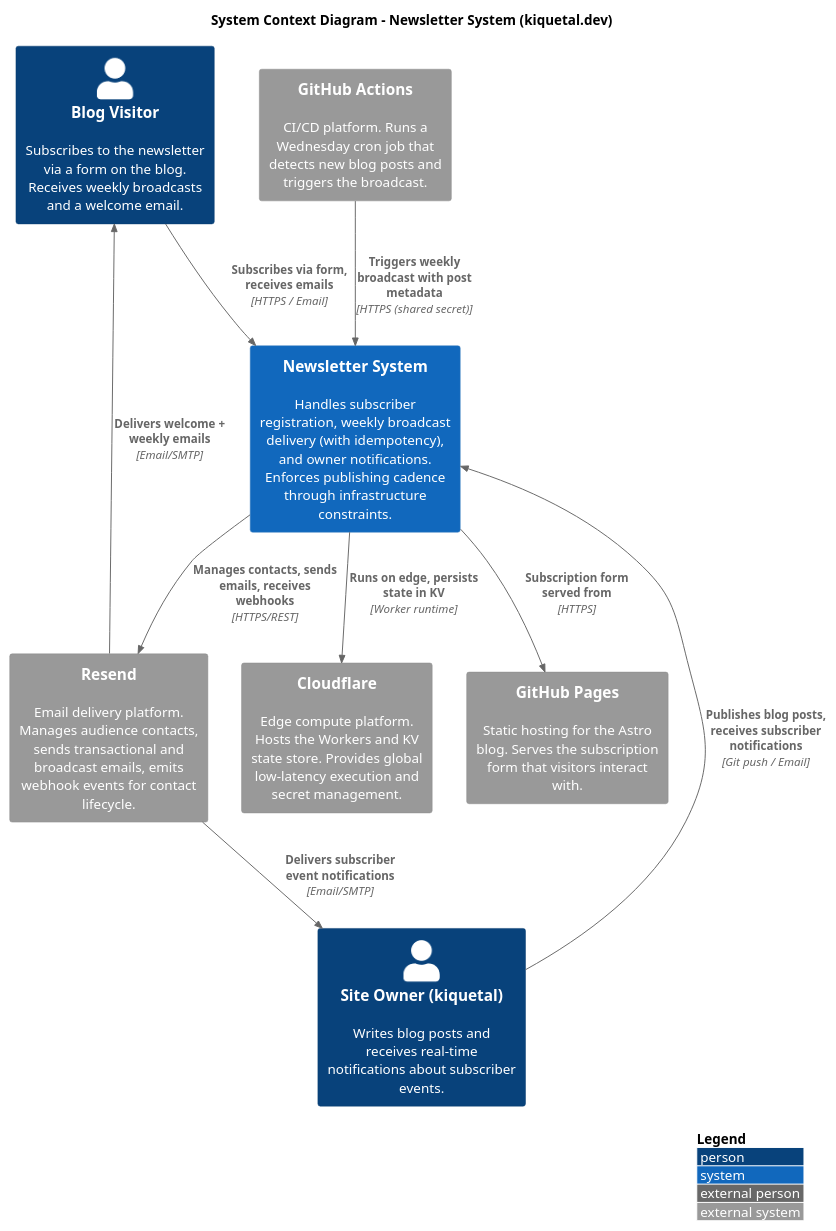
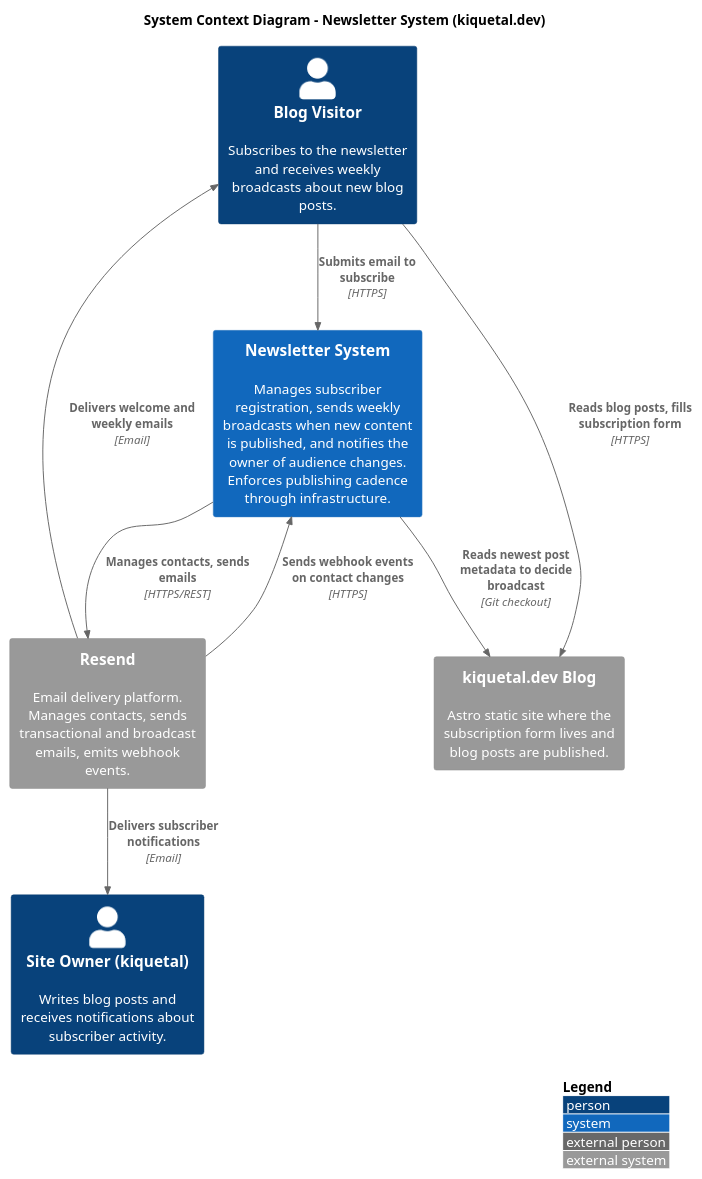
One commit to kiquetal/kiquetal.github.io changed the diagram in public/blog/2026-08-12-newsletter-system-design/c4_1_context_newsletter.puml. Above: the diagram before and after it, drawn with PlantUML. The commit also changed 3 other files, not shown here.

Commit message:
docs: simplify C4 diagrams — clean Level 1, remove secrets and infra noise from Level 2

```diff
--- a/public/blog/2026-08-12-newsletter-system-design/c4_1_context_newsletter.puml
+++ b/public/blog/2026-08-12-newsletter-system-design/c4_1_context_newsletter.puml
@@ -1,58 +1,50 @@
 @startuml C4_Level1_Newsletter
 ' =============================================================================
 ' C4 Level 1 — System Context Diagram
 ' =============================================================================
-' Shows the Newsletter System as a single box surrounded by the people who
-' interact with it and the external systems it depends on.
+' Shows the Newsletter System as a single black box surrounded by the people
+' who interact with it and the external systems it depends on.
 '
 ' AUDIENCE: Everyone — stakeholders, developers, new joiners.
 ' =============================================================================
 
 !include https://raw.githubusercontent.com/plantuml-stdlib/C4-PlantUML/master/C4_Context.puml
 
 ' --- Layout ---
 LAYOUT_WITH_LEGEND()
 
 title System Context Diagram - Newsletter System (kiquetal.dev)
 
 ' =============================================================================
 ' PEOPLE
 ' =============================================================================
 
-Person(visitor, "Blog Visitor", "Subscribes to the newsletter via a form on the blog. Receives weekly broadcasts and a welcome email.")
-Person(owner, "Site Owner (kiquetal)", "Writes blog posts and receives real-time notifications about subscriber events.")
+Person(visitor, "Blog Visitor", "Subscribes to the newsletter and receives weekly broadcasts about new blog posts.")
+Person(owner, "Site Owner (kiquetal)", "Writes blog posts and receives notifications about subscriber activity.")
 
 ' =============================================================================
 ' YOUR SYSTEM
 ' =============================================================================
 
-System(newsletter_system, "Newsletter System", "Handles subscriber registration, weekly broadcast delivery (with idempotency), and owner notifications. Enforces publishing cadence through infrastructure constraints.")
+System(newsletter_system, "Newsletter System", "Manages subscriber registration, sends weekly broadcasts when new content is published, and notifies the owner of audience changes. Enforces publishing cadence through infrastructure.")
 
 ' =============================================================================
 ' EXTERNAL SYSTEMS
 ' =============================================================================
 
-System_Ext(resend, "Resend", "Email delivery platform. Manages audience contacts, sends transactional and broadcast emails, emits webhook events for contact lifecycle.")
-System_Ext(cloudflare, "Cloudflare", "Edge compute platform. Hosts the Workers and KV state store. Provides global low-latency execution and secret management.")
-System_Ext(github_actions, "GitHub Actions", "CI/CD platform. Runs a Wednesday cron job that detects new blog posts and triggers the broadcast.")
-System_Ext(github_pages, "GitHub Pages", "Static hosting for the Astro blog. Serves the subscription form that visitors interact with.")
+System_Ext(resend, "Resend", "Email delivery platform. Manages contacts, sends transactional and broadcast emails, emits webhook events.")
+System_Ext(blog, "kiquetal.dev Blog", "Astro static site where the subscription form lives and blog posts are published.")
 
 ' =============================================================================
 ' RELATIONSHIPS
 ' =============================================================================
 
-' --- People → System ---
-Rel(visitor, newsletter_system, "Subscribes via form, receives emails", "HTTPS / Email")
-Rel(owner, newsletter_system, "Publishes blog posts, receives subscriber notifications", "Git push / Email")
-
-' --- System → External ---
-Rel(newsletter_system, resend, "Manages contacts, sends emails, receives webhooks", "HTTPS/REST")
-Rel(newsletter_system, cloudflare, "Runs on edge, persists state in KV", "Worker runtime")
-Rel(github_actions, newsletter_system, "Triggers weekly broadcast with post metadata", "HTTPS (shared secret)")
-Rel(newsletter_system, github_pages, "Subscription form served from", "HTTPS")
-
-' --- External → People ---
-Rel(resend, visitor, "Delivers welcome + weekly emails", "Email/SMTP")
-Rel(resend, owner, "Delivers subscriber event notifications", "Email/SMTP")
+Rel(visitor, blog, "Reads blog posts, fills subscription form", "HTTPS")
+Rel(visitor, newsletter_system, "Submits email to subscribe", "HTTPS")
+Rel(newsletter_system, resend, "Manages contacts, sends emails", "HTTPS/REST")
+Rel(resend, visitor, "Delivers welcome and weekly emails", "Email")
+Rel(resend, owner, "Delivers subscriber notifications", "Email")
+Rel(resend, newsletter_system, "Sends webhook events on contact changes", "HTTPS")
+Rel(newsletter_system, blog, "Reads newest post metadata to decide broadcast", "Git checkout")
 
 @enduml
```
